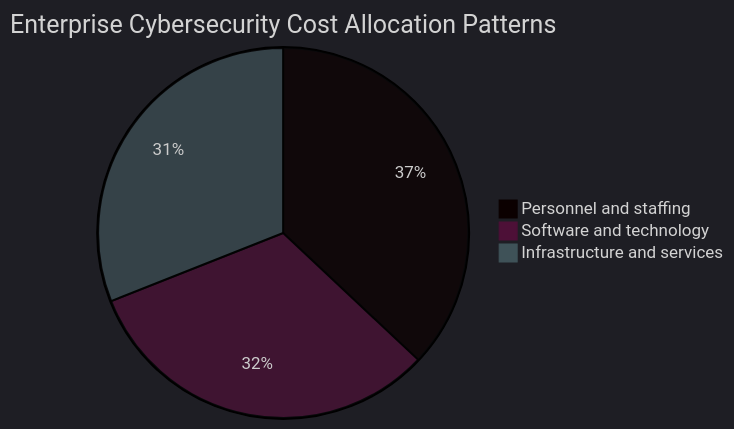
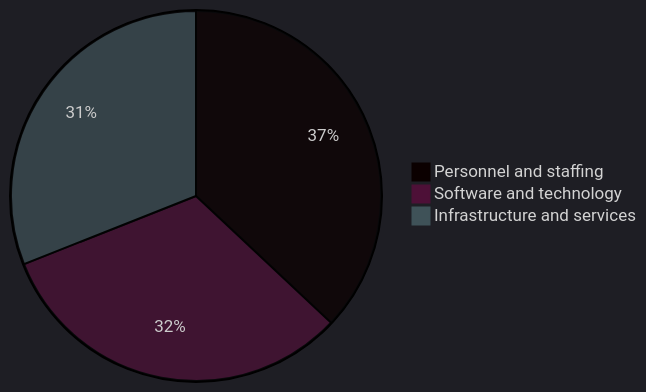
Before and after one commit to radicalkjax/blog: the tenth of 16 diagrams in _posts/2025-06-11-multi-provider-ensemble-malware-detection.md, drawn with Mermaid. The commit also changed other lines of this file and 6 other files, not shown here.

````diff
--- a/_posts/2025-06-11-multi-provider-ensemble-malware-detection.md
+++ b/_posts/2025-06-11-multi-provider-ensemble-malware-detection.md
@@ -920,7 +921,8 @@
 ```mermaid
 %%{init: {'theme':'dark'}}%%
-pie title Enterprise Cybersecurity Cost Allocation Patterns
+pie title 
+
     "Personnel and staffing" : 37
     "Software and technology" : 32
     "Infrastructure and services" : 31
 ```
````
